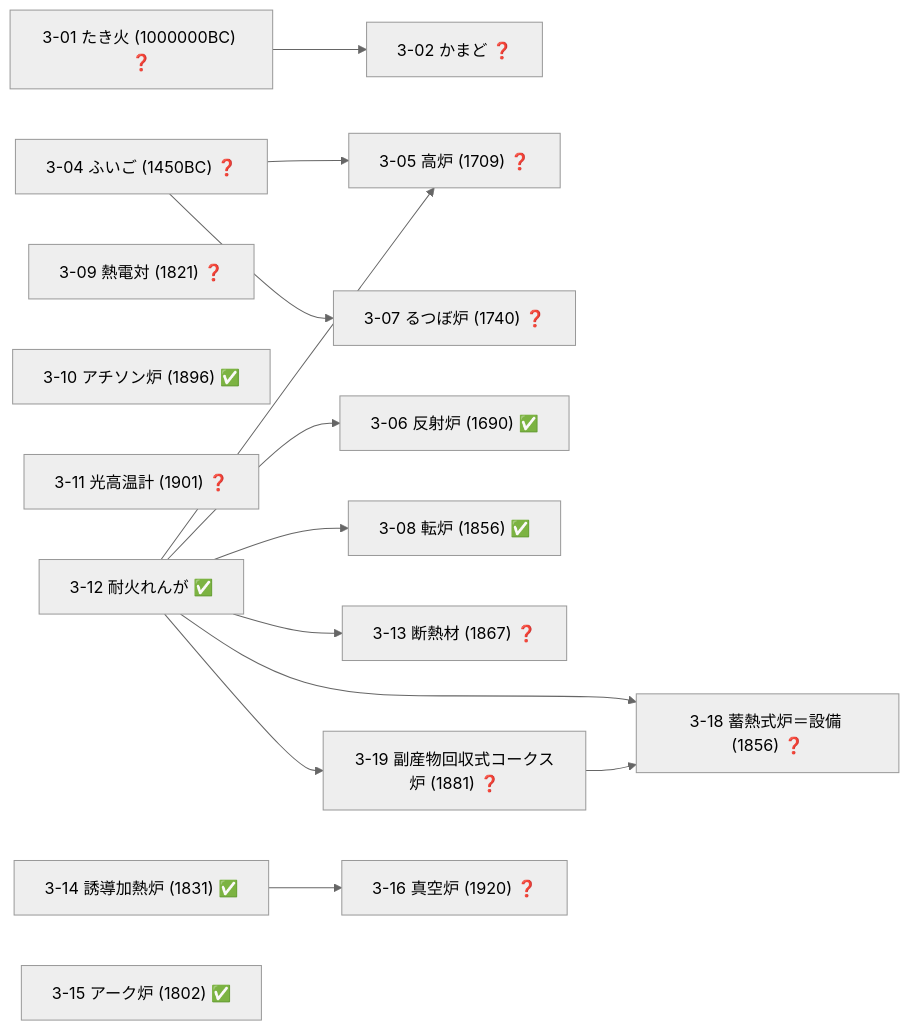
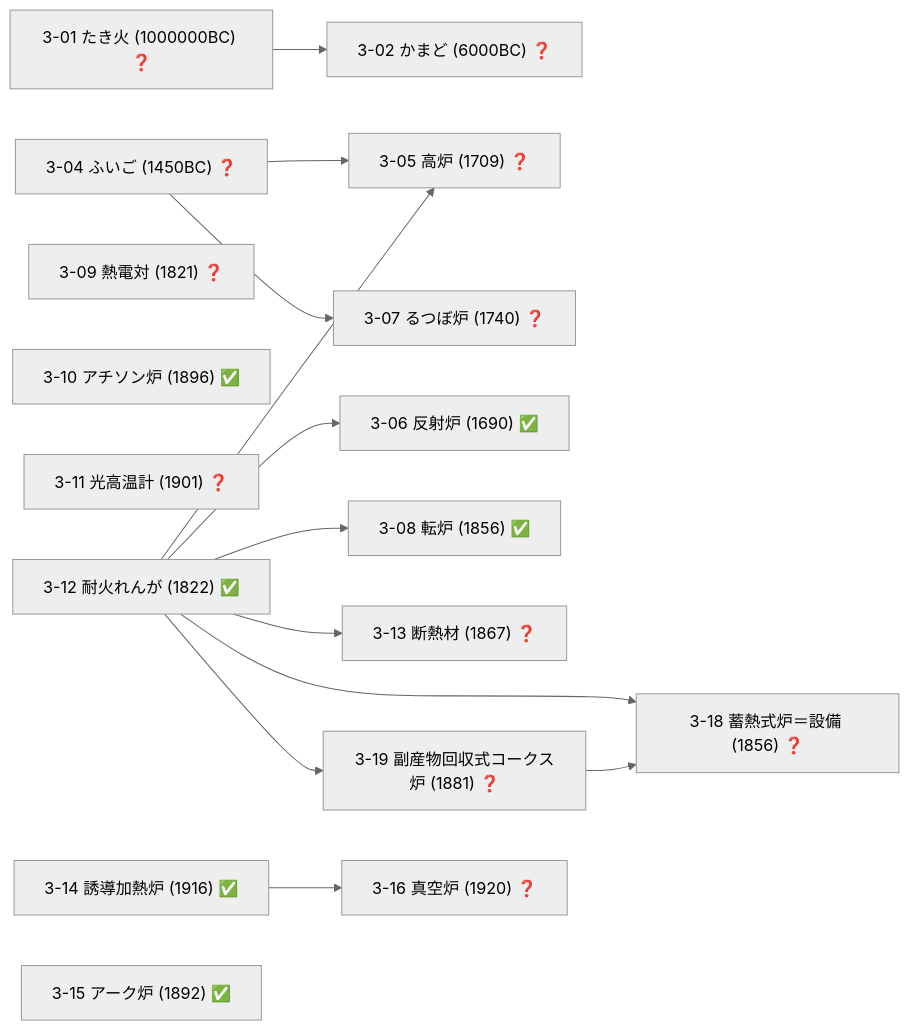
The sixth of 19 diagrams in docs/TECH_TREE_VIEW.md (taku3i0317-collab/semiconductor-lab), drawn with Mermaid (neutral theme) before and after one commit. The commit also changed other lines of this file and 7 other files, not shown here.

````diff
--- a/docs/TECH_TREE_VIEW.md
+++ b/docs/TECH_TREE_VIEW.md
@@ -318,31 +318,31 @@
 ```mermaid
 graph LR
   n3_01["3-01 たき火 (1000000BC) ❓"]
-  n3_02["3-02 かまど ❓"]
+  n3_02["3-02 かまど (6000BC) ❓"]
   n3_04["3-04 ふいご (1450BC) ❓"]
   n3_05["3-05 高炉 (1709) ❓"]
   n3_06["3-06 反射炉 (1690) ✅"]
   n3_07["3-07 るつぼ炉 (1740) ❓"]
   n3_08["3-08 転炉 (1856) ✅"]
   n3_09["3-09 熱電対 (1821) ❓"]
   n3_10["3-10 アチソン炉 (1896) ✅"]
   n3_11["3-11 光高温計 (1901) ❓"]
-  n3_12["3-12 耐火れんが ✅"]
+  n3_12["3-12 耐火れんが (1822) ✅"]
   n3_13["3-13 断熱材 (1867) ❓"]
-  n3_14["3-14 誘導加熱炉 (1831) ✅"]
-  n3_15["3-15 アーク炉 (1802) ✅"]
+  n3_14["3-14 誘導加熱炉 (1916) ✅"]
+  n3_15["3-15 アーク炉 (1892) ✅"]
   n3_16["3-16 真空炉 (1920) ❓"]
   n3_18["3-18 蓄熱式炉＝設備 (1856) ❓"]
   n3_19["3-19 副産物回収式コークス炉 (1881) ❓"]
   n3_01-->n3_02
   n3_04-->n3_05
   n3_12-->n3_05
   n3_12-->n3_06
   n3_04-->n3_07
   n3_12-->n3_08
   n3_12-->n3_13
   n3_14-->n3_16
   n3_12-->n3_18
   n3_19-->n3_18
   n3_12-->n3_19
 ```
````
